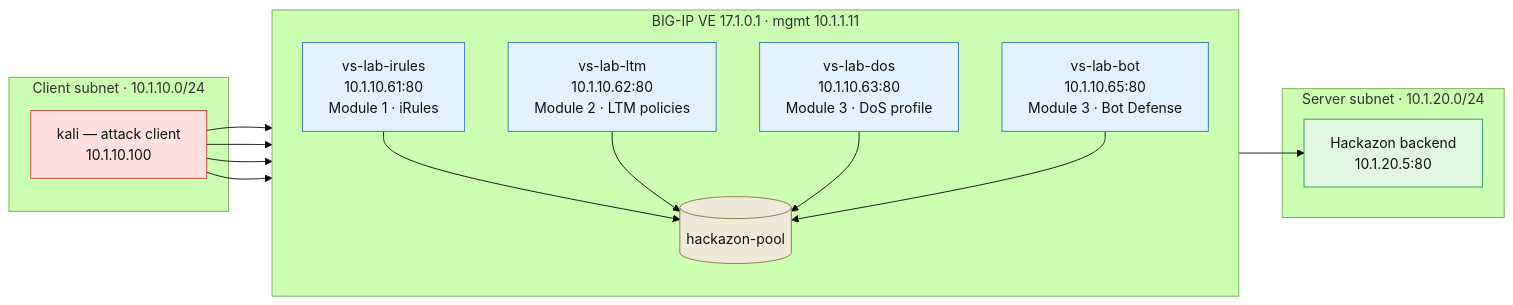
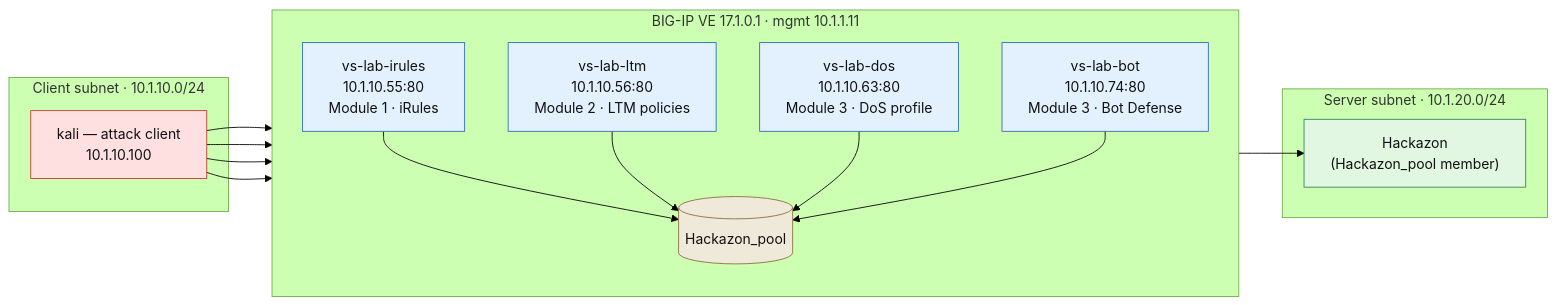
One commit to snowblind-/BIG-IP-L7DoS-Lab changed the diagram in README.md. Above: the diagram before and after it, drawn with Mermaid (forest theme). The commit also changed 17 other files, not shown here.

````diff
--- a/README.md
+++ b/README.md
@@ -17,28 +17,28 @@
 ```mermaid
 flowchart LR
     subgraph cl["Client subnet · 10.1.10.0/24"]
         kali["kali — attack client<br/>10.1.10.100"]:::attacker
     end
 
     subgraph bigip["BIG-IP VE 17.1.0.1 · mgmt 10.1.1.11"]
         direction TB
-        v1["vs-lab-irules<br/>10.1.10.61:80<br/>Module 1 · iRules"]:::vip
-        v2["vs-lab-ltm<br/>10.1.10.62:80<br/>Module 2 · LTM policies"]:::vip
+        v1["vs-lab-irules<br/>10.1.10.55:80<br/>Module 1 · iRules"]:::vip
+        v2["vs-lab-ltm<br/>10.1.10.56:80<br/>Module 2 · LTM policies"]:::vip
         v3["vs-lab-dos<br/>10.1.10.63:80<br/>Module 3 · DoS profile"]:::vip
-        v4["vs-lab-bot<br/>10.1.10.65:80<br/>Module 3 · Bot Defense"]:::vip
-        pool[("hackazon-pool")]:::pool
+        v4["vs-lab-bot<br/>10.1.10.74:80<br/>Module 3 · Bot Defense"]:::vip
+        pool[("Hackazon_pool")]:::pool
     end
 
     subgraph sv["Server subnet · 10.1.20.0/24"]
-        hack["Hackazon backend<br/>10.1.20.5:80"]:::backend
+        hack["Hackazon<br/>(Hackazon_pool member)"]:::backend
     end
 
     kali --> v1 & v2 & v3 & v4
     v1 & v2 & v3 & v4 --> pool
     pool --> hack
 
     classDef attacker fill:#ffe0e0,stroke:#c0392b,color:#111
     classDef vip fill:#e3f0fd,stroke:#2b6cb0,color:#111
     classDef pool fill:#efe9d9,stroke:#8a6d3b,color:#111
     classDef backend fill:#e2f7e2,stroke:#2f855a,color:#111
 ```
````
